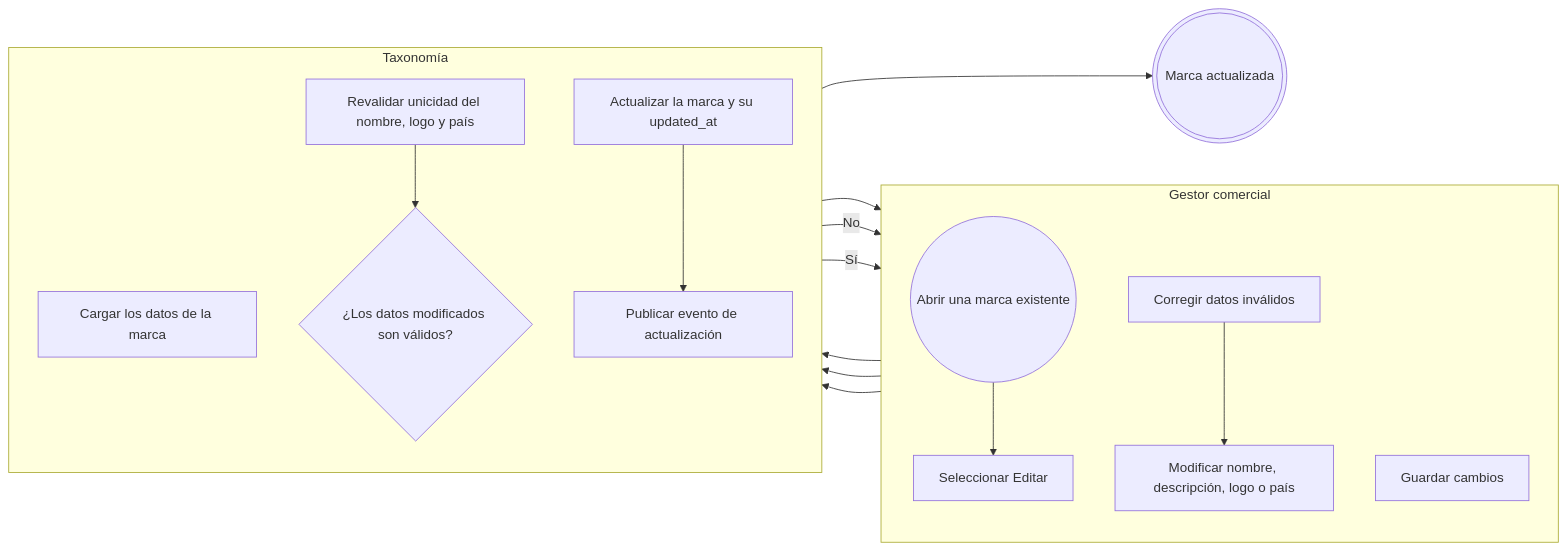
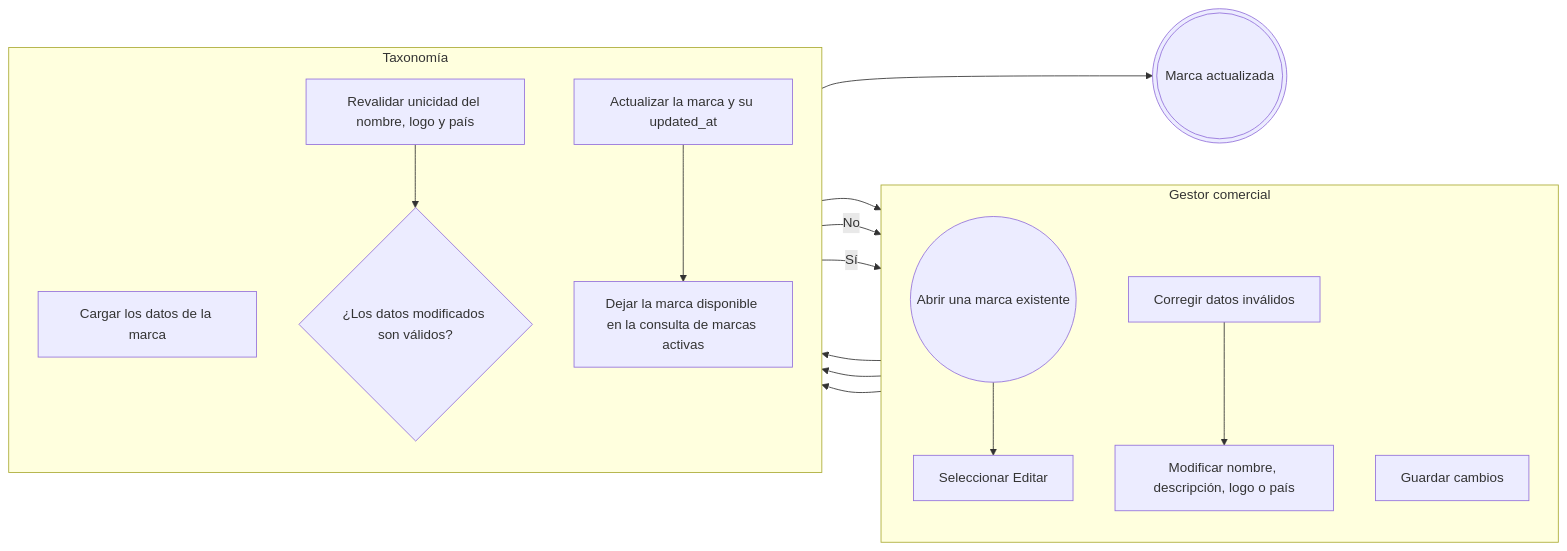
Before and after one commit to Taller-SW-Web/G6-Productos-Ofertas-docs: the second of 5 diagrams in flujos/FLOW-011-gestion-marcas.md, drawn with Mermaid. The commit also changed other lines of this file and 18 other files, not shown here.

````diff
--- a/flujos/FLOW-011-gestion-marcas.md
+++ b/flujos/FLOW-011-gestion-marcas.md
@@ -78,35 +78,35 @@
 ```mermaid
 flowchart LR
 
     subgraph GESTOR["Gestor comercial"]
         direction TB
         INICIO((Abrir una marca existente))
         G1["Seleccionar Editar"]
         G2["Modificar nombre, descripción, logo o país"]
         G3["Guardar cambios"]
         G4["Corregir datos inválidos"]
     end
 
     subgraph TAXONOMIA["Taxonomía"]
         direction TB
         T1["Cargar los datos de la marca"]
         T2["Revalidar unicidad del nombre, logo y país"]
         D1{"¿Los datos modificados son válidos?"}
         T3["Actualizar la marca y su updated_at"]
-        T4["Publicar evento de actualización"]
+        T4["Dejar la marca disponible en la consulta de marcas activas"]
     end
 
     FIN_ACTUALIZADA(((Marca actualizada)))
 
     INICIO --> G1
     G1 --> T1
     T1 --> G2
     G2 --> T2
     T2 --> D1
     D1 -->|"No"| G4
     G4 --> G2
     D1 -->|"Sí"| G3
     G3 --> T3
     T3 --> T4
     T4 --> FIN_ACTUALIZADA
 ```
````
